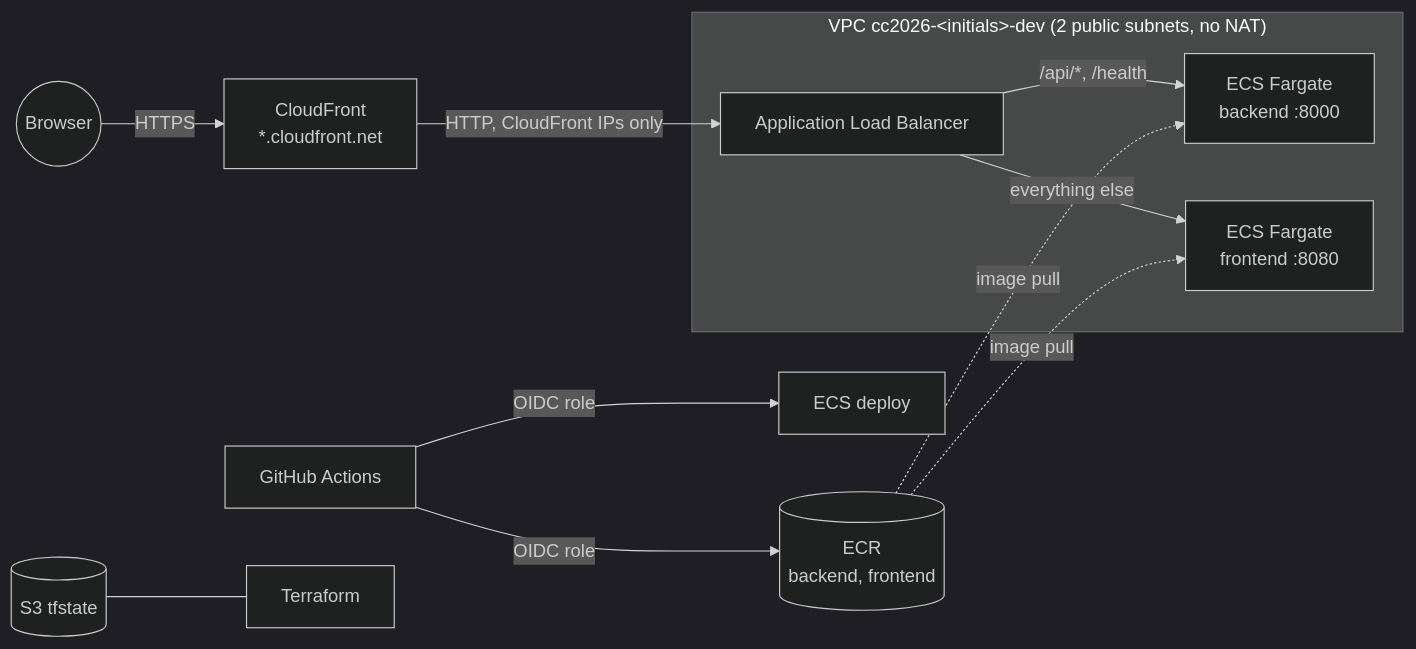
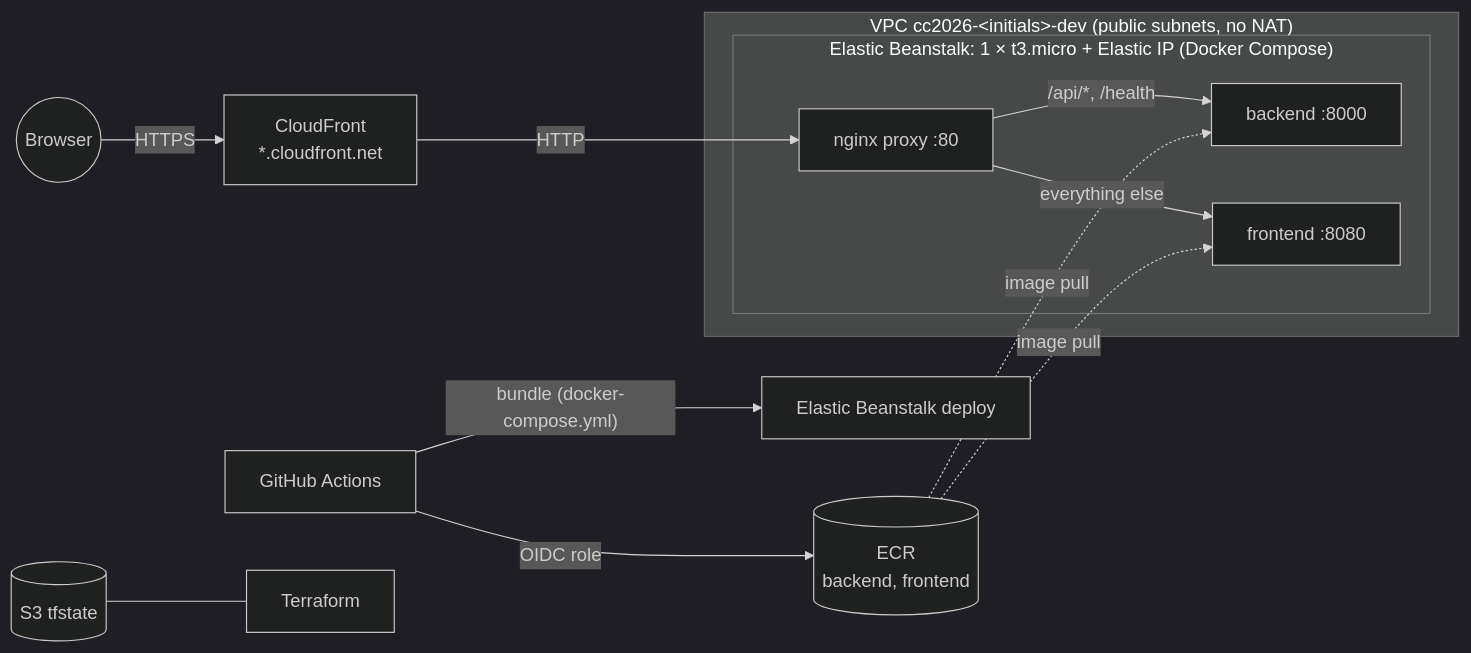
One commit to agi1clj/CC2026_DS_Infra_AWS changed the diagram in README.md. Above: the diagram before and after it, drawn with Mermaid (dark theme). The commit also changed other lines of this file and 27 other files, not shown here.

Commit message:
feat!: run the apps on Elastic Beanstalk single instance (≈ USD 13/month) instead of ECS + ALB

````diff
--- a/README.md
+++ b/README.md
@@ -27,13 +27,15 @@
 ```mermaid
 flowchart LR
     user((Browser)) -- HTTPS --> cf[CloudFront<br/>*.cloudfront.net]
-    cf -- HTTP, CloudFront IPs only --> alb[Application Load Balancer]
-    subgraph vpc["VPC cc2026-&lt;initials&gt;-dev (2 public subnets, no NAT)"]
-        alb -- "/api/*, /health" --> be[ECS Fargate<br/>backend :8000]
-        alb -- "everything else" --> fe[ECS Fargate<br/>frontend :8080]
+    subgraph vpc["VPC cc2026-&lt;initials&gt;-dev (public subnets, no NAT)"]
+        subgraph ec2["Elastic Beanstalk: 1 × t3.micro + Elastic IP (Docker Compose)"]
+            proxy[nginx proxy :80] -- "/api/*, /health" --> be[backend :8000]
+            proxy -- "everything else" --> fe[frontend :8080]
+        end
     end
+    cf -- HTTP --> proxy
     ecr[(ECR<br/>backend, frontend)] -. image pull .-> be & fe
     gh[GitHub Actions] -- OIDC role --> ecr
-    gh -- OIDC role --> ecs[ECS deploy]
+    gh -- "bundle (docker-compose.yml)" --> eb[Elastic Beanstalk deploy]
     s3[(S3 tfstate)] --- tf[Terraform]
 ```
````
